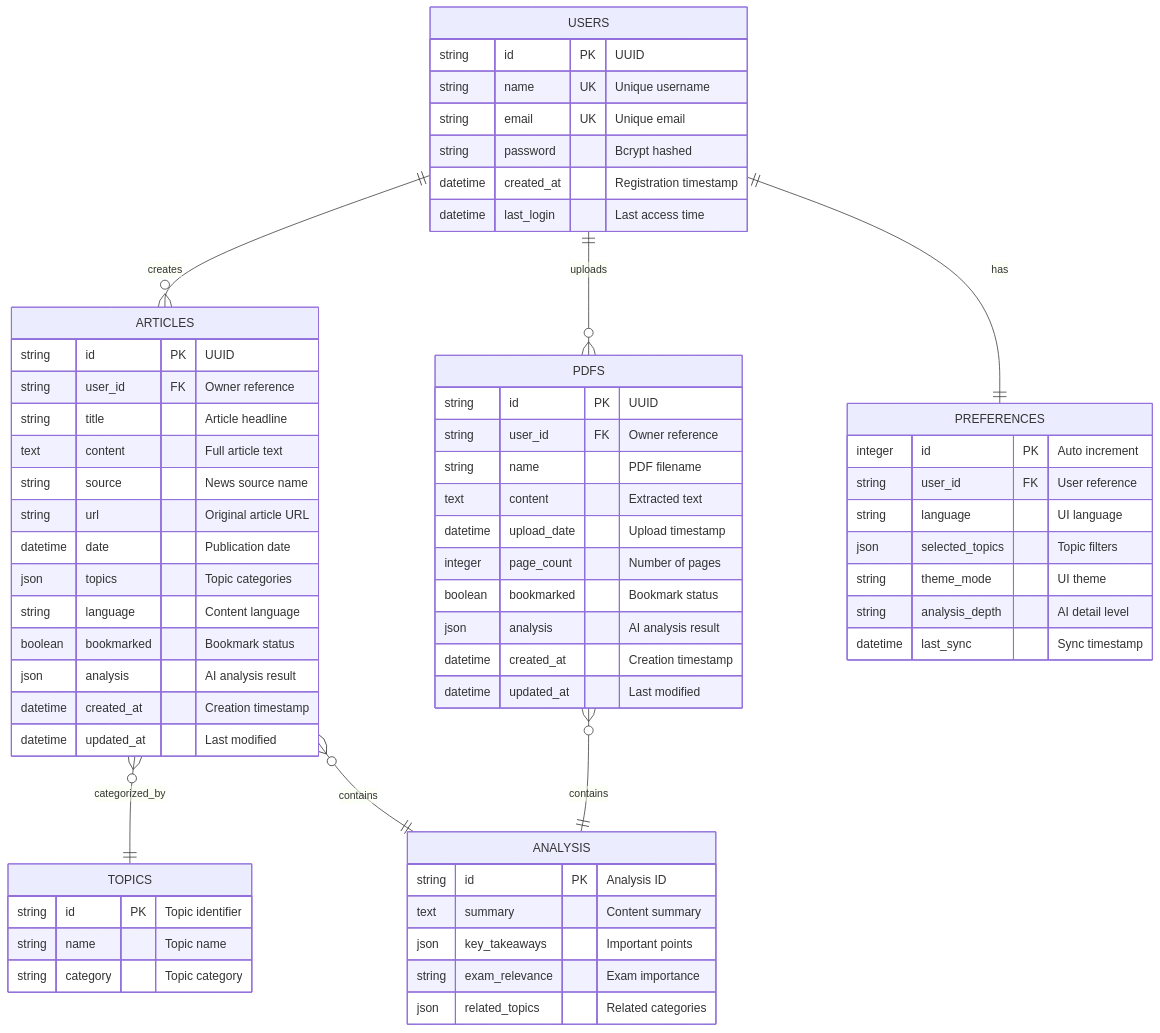
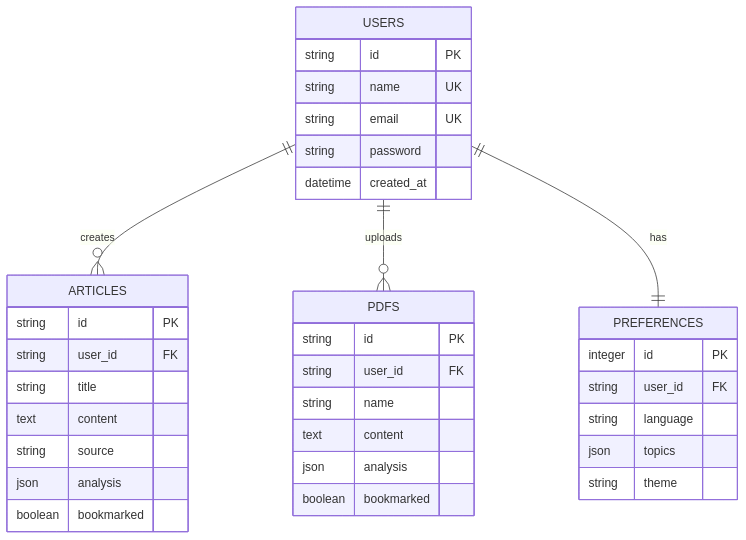
One commit to Arshi9214/News-Aggregator-and-Analysis changed the fourth of 14 diagrams in README.md. Above: the diagram before and after it, drawn with Mermaid. The commit also changed other lines of this file, not shown here.

````diff
--- a/README.md
+++ b/README.md
@@ -197,71 +110,41 @@
 ```mermaid
 erDiagram
-    USERS ||--o{ ARTICLES : "creates"
-    USERS ||--o{ PDFS : "uploads"
-    USERS ||--|| PREFERENCES : "has"
-    ARTICLES }o--|| TOPICS : "categorized_by"
-    PDFS }o--|| ANALYSIS : "contains"
-    ARTICLES }o--|| ANALYSIS : "contains"
+    USERS ||--o{ ARTICLES : creates
+    USERS ||--o{ PDFS : uploads
+    USERS ||--|| PREFERENCES : has
     
     USERS {
-        string id PK "UUID"
-        string name UK "Unique username"
-        string email UK "Unique email"
-        string password "Bcrypt hashed"
-        datetime created_at "Registration timestamp"
-        datetime last_login "Last access time"
+        string id PK
+        string name UK
+        string email UK
+        string password
+        datetime created_at
     }
     
     ARTICLES {
-        string id PK "UUID"
-        string user_id FK "Owner reference"
-        string title "Article headline"
-        text content "Full article text"
-        string source "News source name"
-        string url "Original article URL"
-        datetime date "Publication date"
-        json topics "Topic categories"
-        string language "Content language"
-        boolean bookmarked "Bookmark status"
-        json analysis "AI analysis result"
-        datetime created_at "Creation timestamp"
-        datetime updated_at "Last modified"
+        string id PK
+        string user_id FK
+        string title
+        text content
+        string source
+        json analysis
+        boolean bookmarked
     }
     
     PDFS {
-        string id PK "UUID"
-        string user_id FK "Owner reference"
-        string name "PDF filename"
-        text content "Extracted text"
-        datetime upload_date "Upload timestamp"
-        integer page_count "Number of pages"
-        boolean bookmarked "Bookmark status"
-        json analysis "AI analysis result"
-        datetime created_at "Creation timestamp"
-        datetime updated_at "Last modified"
+        string id PK
+        string user_id FK
+        string name
+        text content
+        json analysis
+        boolean bookmarked
     }
     
     PREFERENCES {
-        integer id PK "Auto increment"
-        string user_id FK "User reference"
-        string language "UI language"
-        json selected_topics "Topic filters"
-        string theme_mode "UI theme"
-        string analysis_depth "AI detail level"
-        datetime last_sync "Sync timestamp"
-    }
-    
-    TOPICS {
-        string id PK "Topic identifier"
-        string name "Topic name"
-        string category "Topic category"
-    }
-    
-    ANALYSIS {
-        string id PK "Analysis ID"
-        text summary "Content summary"
-        json key_takeaways "Important points"
-        string exam_relevance "Exam importance"
-        json related_topics "Related categories"
+        integer id PK
+        string user_id FK
+        string language
+        json topics
+        string theme
     }
 ```
````
